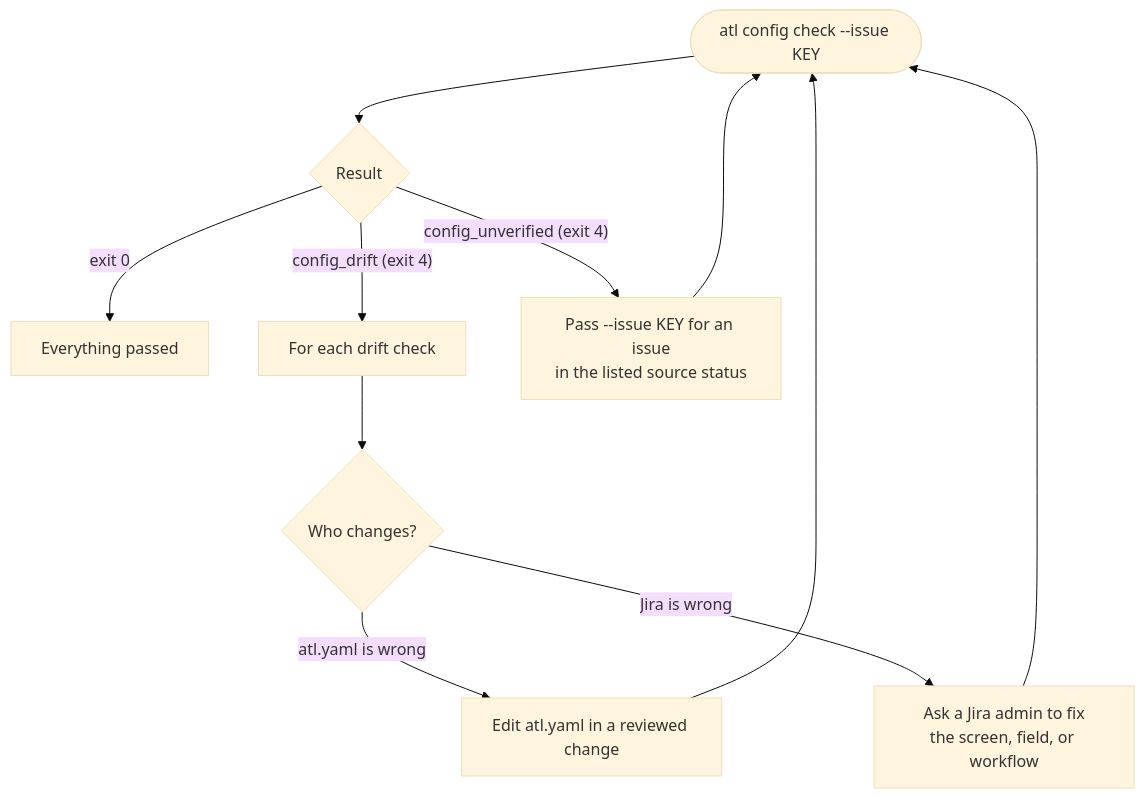
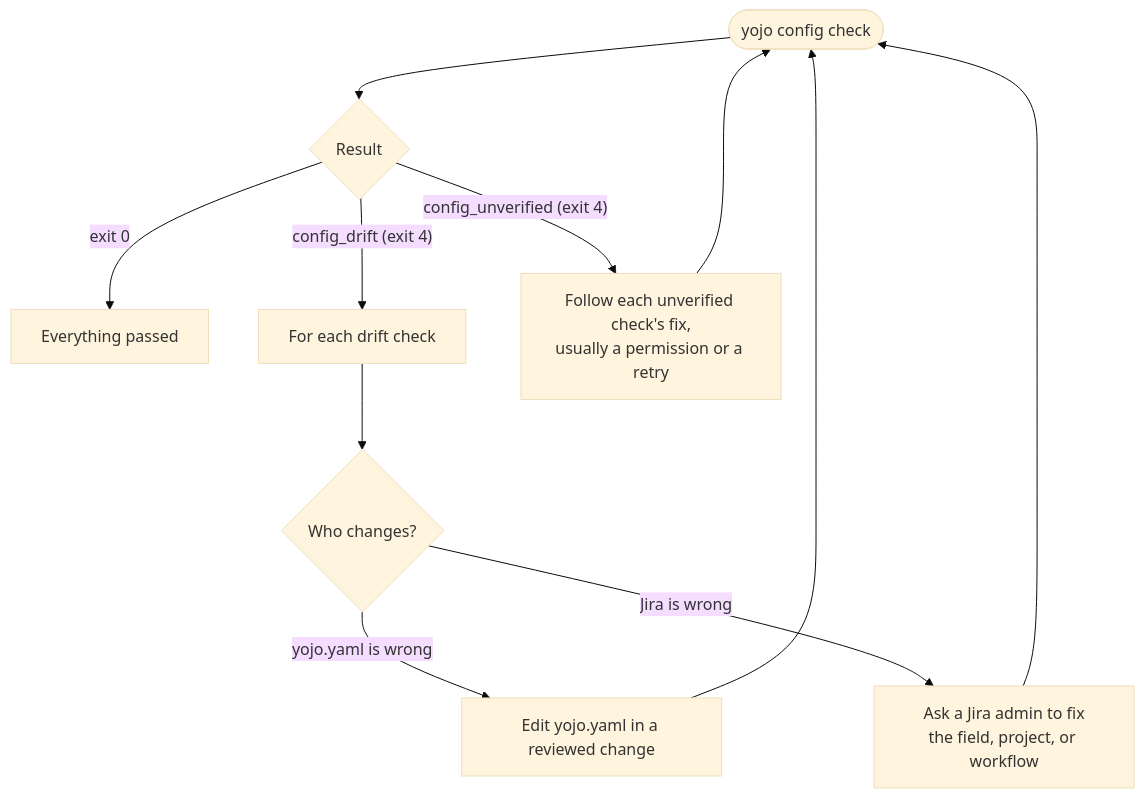
The diagram in docs/troubleshooting.md (calvinware/atlass-cli), drawn with Mermaid (base theme) before and after one commit. The commit also changed other lines of this file and 80 other files, not shown here.

First line of the commit message:
feat(cli): establish yojo 0.1.0 and generic Jira issue commands (#14)

````diff
--- a/docs/troubleshooting.md
+++ b/docs/troubleshooting.md
@@ -30,13 +35,13 @@
 ```mermaid
 flowchart TD
-    Run(["atl config check --issue KEY"]) --> Result{"Result"}
+    Run(["yojo config check"]) --> Result{"Result"}
     Result -->|"exit 0"| Pass["Everything passed"]
     Result -->|"config_drift (exit 4)"| Drift["For each drift check"]
     Drift --> Who{"Who changes?"}
-    Who -->|"atl.yaml is wrong"| Yaml["Edit atl.yaml in a reviewed change"]
-    Who -->|"Jira is wrong"| Admin["Ask a Jira admin to fix<br/>the screen, field, or workflow"]
+    Who -->|"yojo.yaml is wrong"| Yaml["Edit yojo.yaml in a reviewed change"]
+    Who -->|"Jira is wrong"| Admin["Ask a Jira admin to fix<br/>the field, project, or workflow"]
     Yaml --> Run
     Admin --> Run
-    Result -->|"config_unverified (exit 4)"| Unverified["Pass --issue KEY for an issue<br/>in the listed source status"]
+    Result -->|"config_unverified (exit 4)"| Unverified["Follow each unverified check's fix,<br/>usually a permission or a retry"]
     Unverified --> Run
 ```
````
